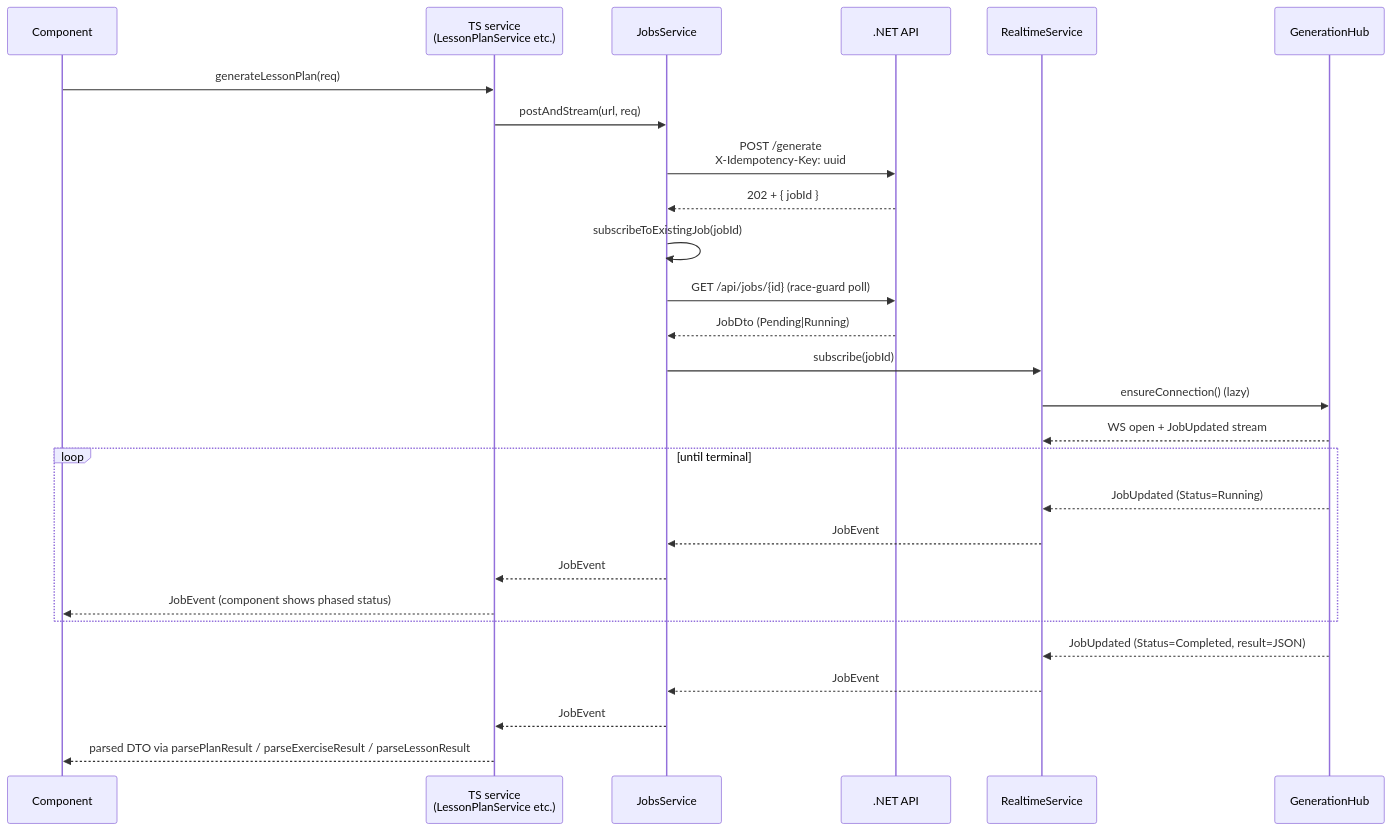
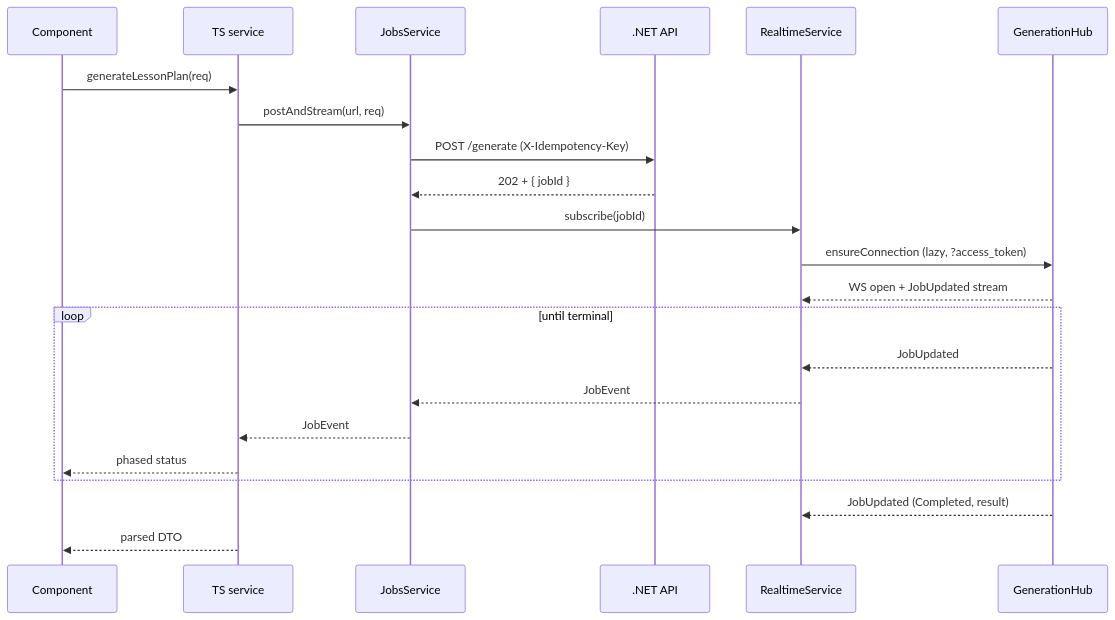
One commit to Dockdep/LessonHub changed the diagram in diagrams/frontend/04-services.md. Above: the diagram before and after it, drawn with Mermaid. The commit also changed other lines of this file and 36 other files, not shown here.

````diff
--- a/diagrams/frontend/04-services.md
+++ b/diagrams/frontend/04-services.md
@@ -11,30 +11,25 @@
 ```mermaid
 sequenceDiagram
   participant Comp as Component
-  participant Svc as TS service<br/>(LessonPlanService etc.)
+  participant Svc as TS service
   participant Jobs as JobsService
   participant API as .NET API
   participant RT as RealtimeService
   participant Hub as GenerationHub
 
   Comp->>Svc: generateLessonPlan(req)
   Svc->>Jobs: postAndStream(url, req)
-  Jobs->>API: POST /generate<br/>X-Idempotency-Key: uuid
+  Jobs->>API: POST /generate (X-Idempotency-Key)
   API-->>Jobs: 202 + { jobId }
-  Jobs->>Jobs: subscribeToExistingJob(jobId)
-  Jobs->>API: GET /api/jobs/{id} (race-guard poll)
-  API-->>Jobs: JobDto (Pending|Running)
   Jobs->>RT: subscribe(jobId)
-  RT->>Hub: ensureConnection() (lazy)
+  RT->>Hub: ensureConnection (lazy, ?access_token)
   Hub-->>RT: WS open + JobUpdated stream
   loop until terminal
-    Hub-->>RT: JobUpdated (Status=Running)
+    Hub-->>RT: JobUpdated
     RT-->>Jobs: JobEvent
     Jobs-->>Svc: JobEvent
-    Svc-->>Comp: JobEvent (component shows phased status)
+    Svc-->>Comp: phased status
   end
-  Hub-->>RT: JobUpdated (Status=Completed, result=JSON)
-  RT-->>Jobs: JobEvent
-  Jobs-->>Svc: JobEvent
-  Svc-->>Comp: parsed DTO via parsePlanResult / parseExerciseResult / parseLessonResult
+  Hub-->>RT: JobUpdated (Completed, result)
+  Svc-->>Comp: parsed DTO
 ```
````
